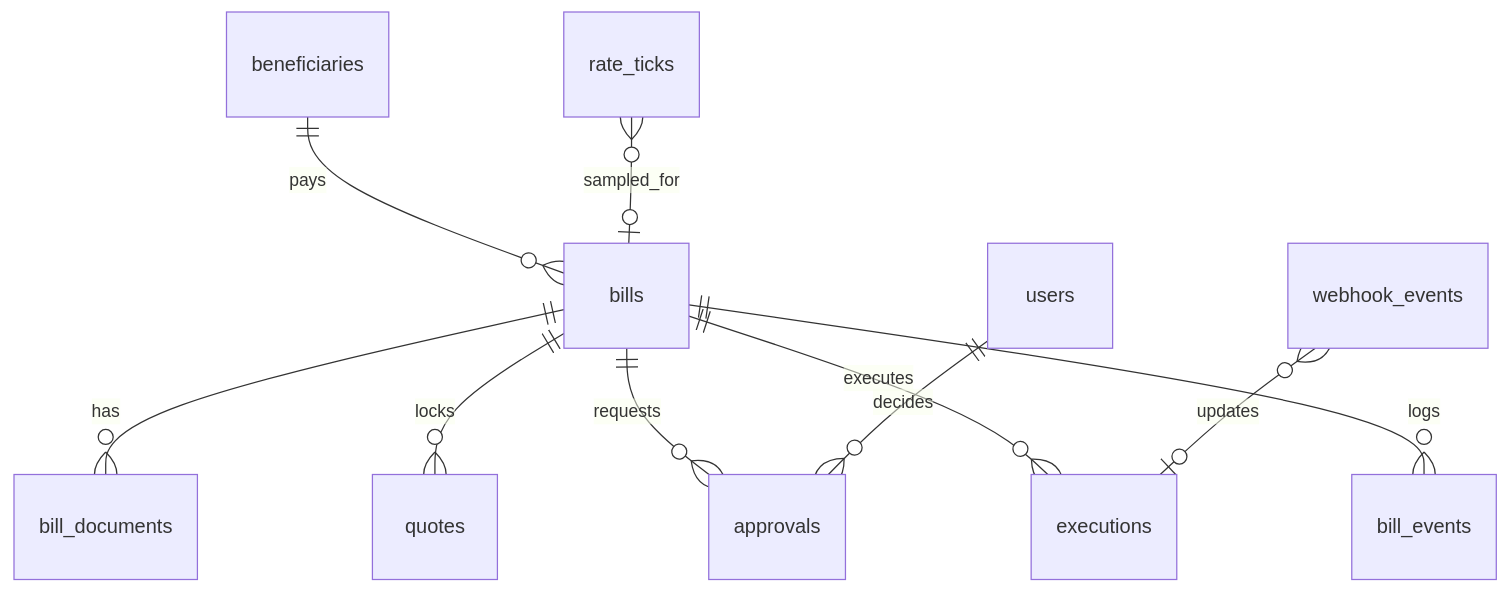
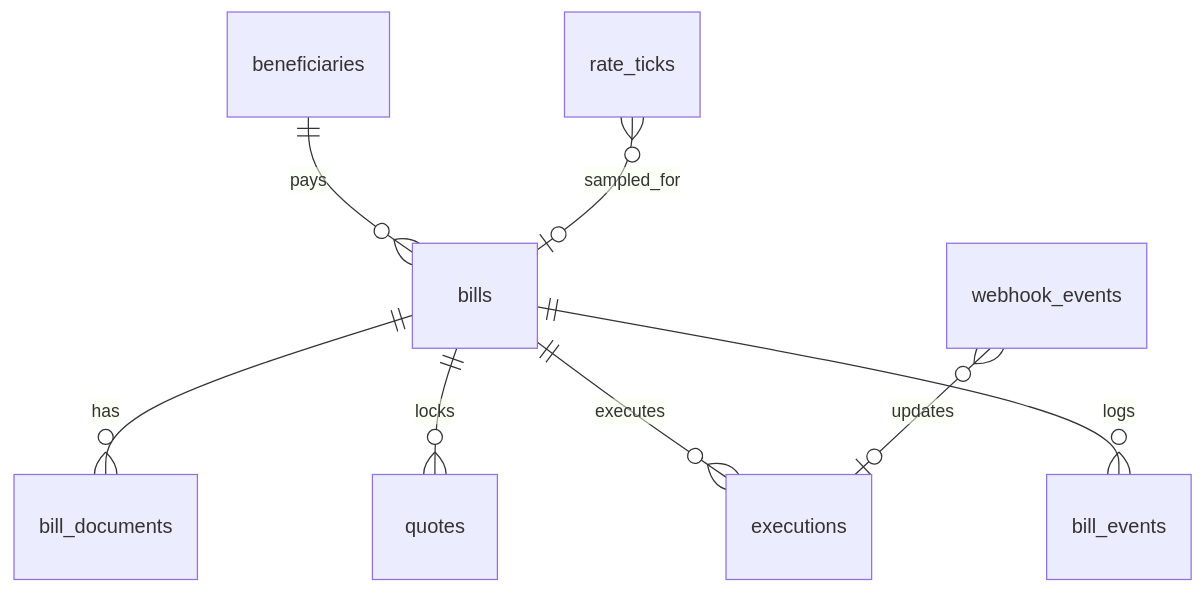
One commit to awx-devx/airwallex-fx-target-payment changed the second of 2 diagrams in docs/03-domain-model.md. Above: the diagram before and after it, drawn with Mermaid. The commit also changed other lines of this file and 79 other files, not shown here.

````diff
--- a/docs/03-domain-model.md
+++ b/docs/03-domain-model.md
@@ -143,12 +130,10 @@
 ```mermaid
 erDiagram
   bills ||--o{ bill_documents : has
   bills ||--o{ quotes : locks
-  bills ||--o{ approvals : requests
   bills ||--o{ executions : executes
   bills ||--o{ bill_events : logs
   beneficiaries ||--o{ bills : pays
-  users ||--o{ approvals : decides
   rate_ticks }o--o| bills : sampled_for
   webhook_events }o--o| executions : updates
 ```
````
